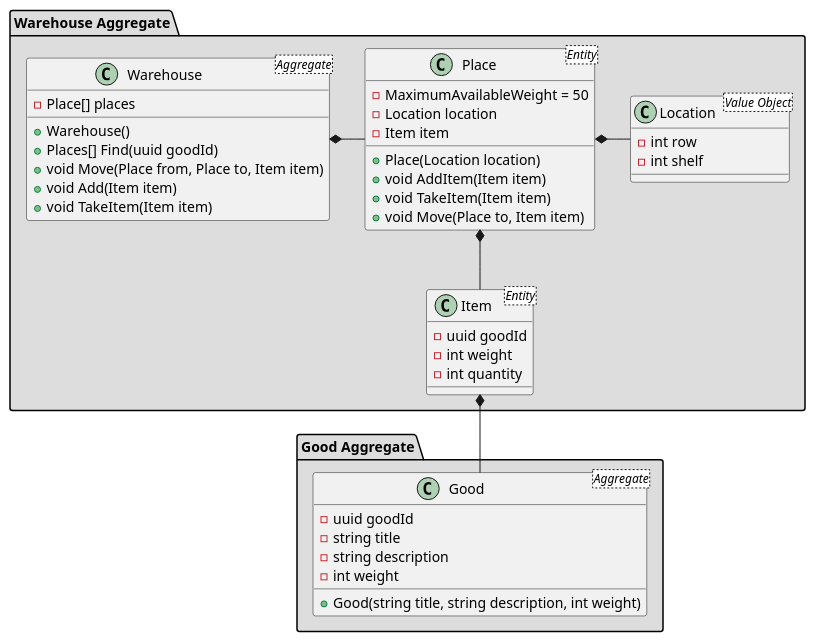
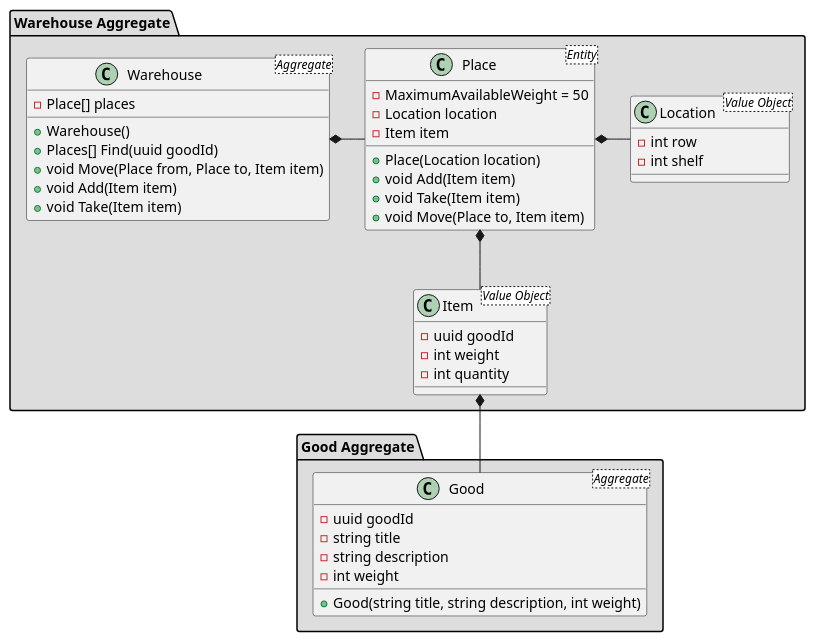
The third of 5 diagrams in services/warehouse/README.md (gerzhan/knigaexpert-system-design), drawn with PlantUML before and after one commit.

````diff
--- a/services/warehouse/README.md
+++ b/services/warehouse/README.md
@@ -82,53 +82,53 @@
 ```plantuml
 package "Warehouse Aggregate"  #DDDDDD {
   Class Warehouse <Aggregate>
   {
     - Place[] places
 
     + Warehouse()
     + Places[] Find(uuid goodId)
     + void Move(Place from, Place to, Item item)
     + void Add(Item item)
-    + void TakeItem(Item item)
+    + void Take(Item item)
   }
   
   Class Place <Entity>
   {
     - MaximumAvailableWeight = 50
     - Location location
     - Item item
 
     + Place(Location location)  
-    + void AddItem(Item item)
-    + void TakeItem(Item item)
+    + void Add(Item item)
+    + void Take(Item item)
     + void Move(Place to, Item item)
   }
 
-  Class Item <Entity>{
+  Class Item <Value Object>{
     - uuid goodId
     - int weight
     - int quantity     
   }
 
   Class Location <Value Object> {
     - int row
-    - int shelf    
+    - int shelf 
   }
 
   Warehouse *- Place
   Place *- Location
   Place *-- Item  
 }
 
 package "Good Aggregate" #DDDDDD {
   Class Good <Aggregate>
   {
     - uuid goodId
     - string title
     - string description
     - int weight
     + Good(string title, string description, int weight)
   }
   Item *-- Good
 }
 ```
````
